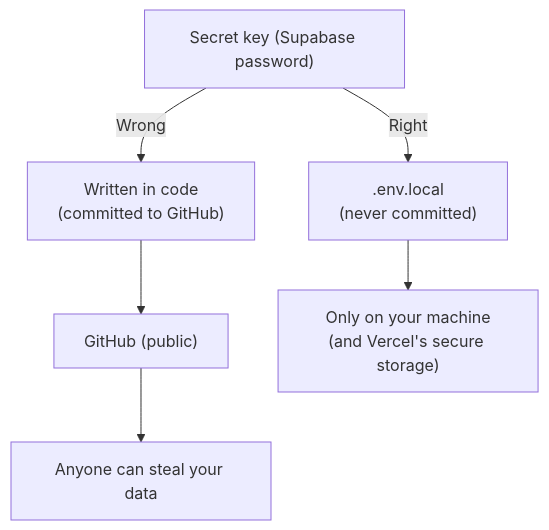
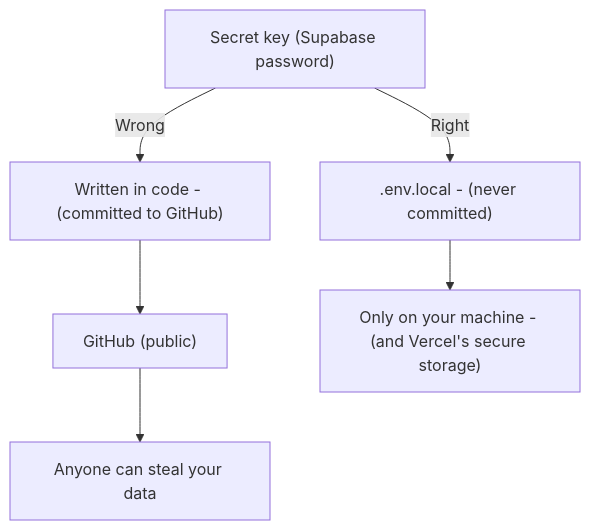
One commit to wongjinar-ai/expample changed the second of 8 diagrams in learning/09-fullstack-best-practices.md. Above: the diagram before and after it, drawn with Mermaid. The commit also changed other lines of this file and 16 other files, not shown here.

````diff
--- a/learning/09-fullstack-best-practices.md
+++ b/learning/09-fullstack-best-practices.md
@@ -48,11 +48,11 @@
 ```mermaid
 flowchart TD
     Secret["Secret key (Supabase password)"]
-    Secret -->|"Wrong"| Code["Written in code\n(committed to GitHub)"]
-    Secret -->|"Right"| EnvFile[".env.local\n(never committed)"]
+    Secret -->|"Wrong"| Code["Written in code - (committed to GitHub)"]
+    Secret -->|"Right"| EnvFile[".env.local - (never committed)"]
 
     Code --> GitHub["GitHub (public)"]
     GitHub --> Disaster["Anyone can steal your data"]
 
-    EnvFile --> Safe["Only on your machine\n(and Vercel's secure storage)"]
+    EnvFile --> Safe["Only on your machine - (and Vercel's secure storage)"]
 ```
````
